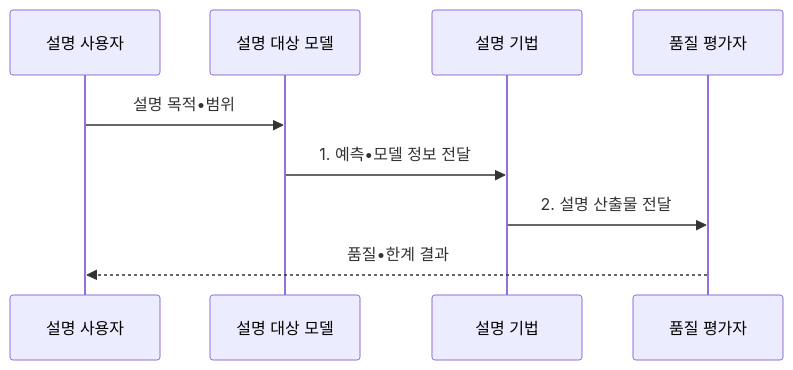
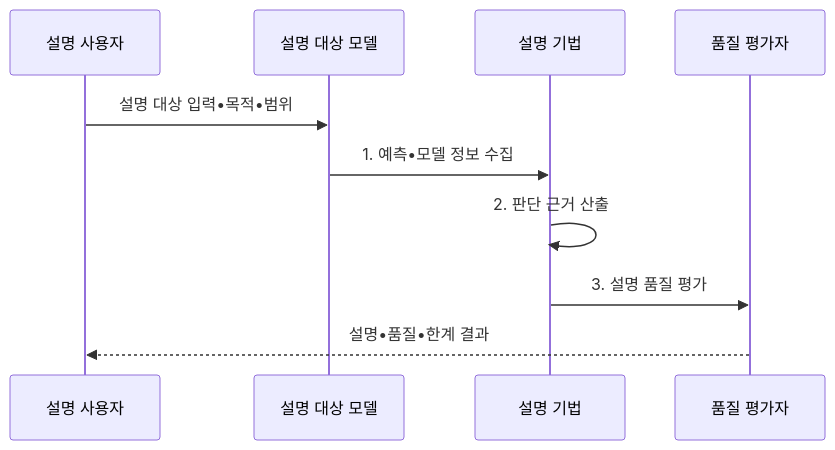
One commit to agnusdei1207/knowledge-base changed the second of 2 diagrams in src/content/docs/notes/08-latest-tech/104_explainable_ai.md. Above: the diagram before and after it, drawn with Mermaid. The commit also changed other lines of this file and 15 other files, not shown here.

````diff
--- a/src/content/docs/notes/08-latest-tech/104_explainable_ai.md
+++ b/src/content/docs/notes/08-latest-tech/104_explainable_ai.md
@@ -101,11 +101,12 @@
 ```mermaid
 sequenceDiagram
     participant U as 설명 사용자
     participant M as 설명 대상 모델
     participant X as 설명 기법
     participant E as 품질 평가자
-    U->>M: 설명 목적•범위
-    M->>X: 1. 예측•모델 정보 전달
-    X->>E: 2. 설명 산출물 전달
-    E-->>U: 품질•한계 결과
+    U->>M: 설명 대상 입력•목적•범위
+    M->>X: 1. 예측•모델 정보 수집
+    X->>X: 2. 판단 근거 산출
+    X->>E: 3. 설명 품질 평가
+    E-->>U: 설명•품질•한계 결과
 ```
````
